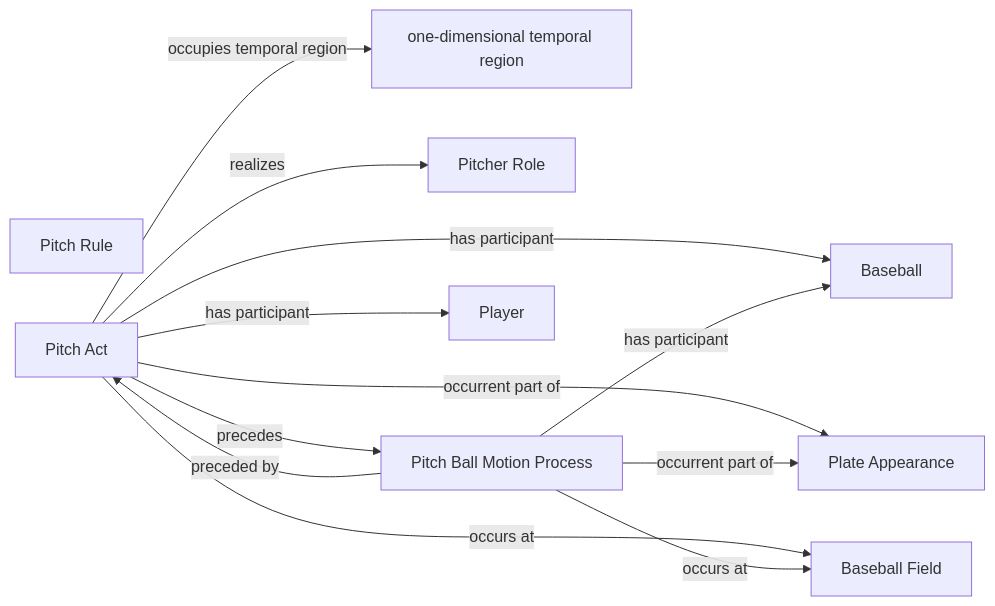
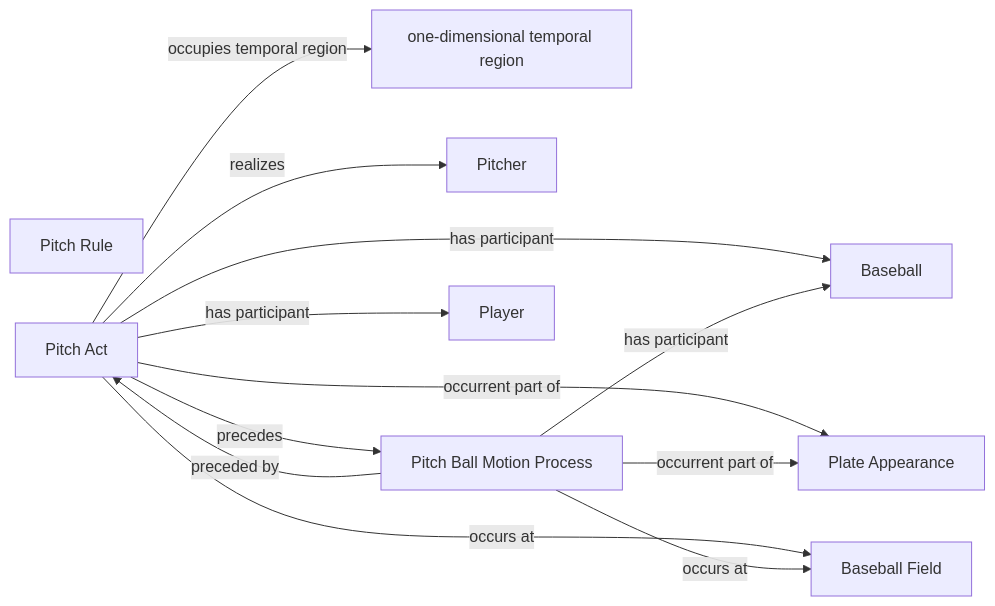
The diagram in Baseball/mermaid/patterns/ontology/10-pitch-physical-chain.md (CarterBeauBenson/BaseballO), drawn with Mermaid before and after one commit. The commit also changed other lines of this file and 115 other files, not shown here.

````diff
--- a/Baseball/mermaid/patterns/ontology/10-pitch-physical-chain.md
+++ b/Baseball/mermaid/patterns/ontology/10-pitch-physical-chain.md
@@ -10,23 +10,23 @@
 ```mermaid
 flowchart LR
     N01["Pitch Rule"]
     N02["Baseball"]
     N03["Pitch Act"]
     N04["one-dimensional temporal region"]
     N05["Plate Appearance"]
-    N06["Pitcher Role"]
+    N06["Pitcher"]
     N07["Pitch Ball Motion Process"]
     N08["Player"]
     N09["Baseball Field"]
     N03 -->|has participant| N02
     N03 -->|has participant| N08
     N03 -->|occupies temporal region| N04
     N03 -->|occurrent part of| N05
     N03 -->|occurs at| N09
     N03 -->|precedes| N07
     N03 -->|realizes| N06
     N07 -->|has participant| N02
     N07 -->|occurrent part of| N05
     N07 -->|occurs at| N09
     N07 -->|preceded by| N03
 ```
````
